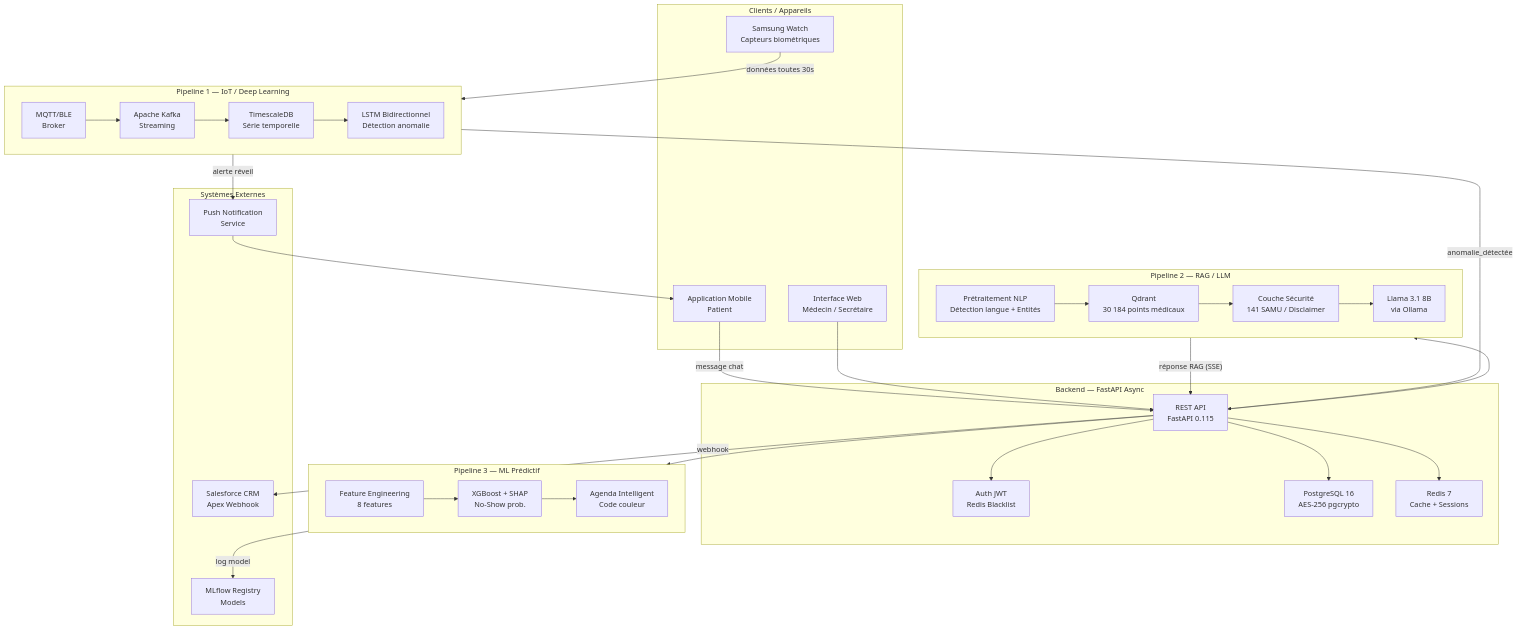
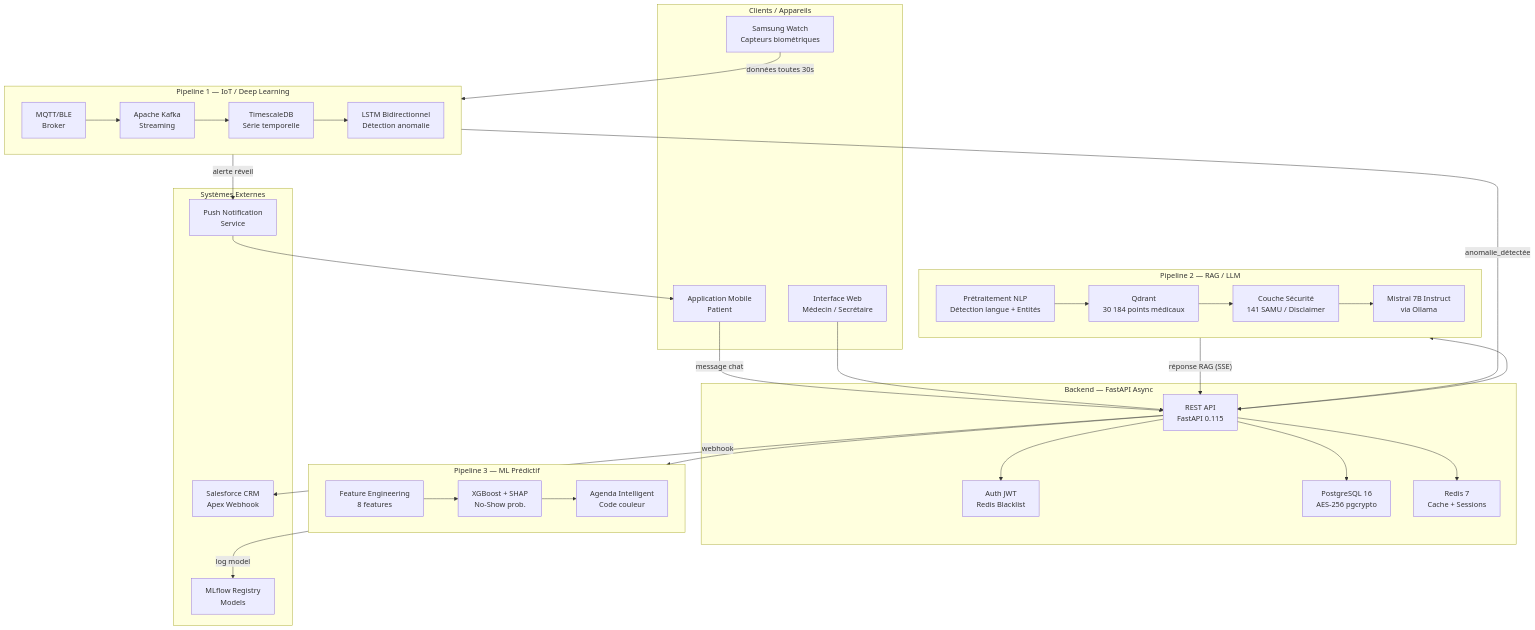
Before and after one commit to Boussyf0/MediSense-AI: the first of 32 diagrams in docs/DIAGRAMMES.md, drawn with Mermaid. The commit also changed other lines of this file and 17 other files, not shown here.

````diff
--- a/docs/DIAGRAMMES.md
+++ b/docs/DIAGRAMMES.md
@@ -62,62 +62,62 @@
 ```mermaid
 flowchart TB
     subgraph Clients["Clients / Appareils"]
         WATCH["Samsung Watch<br/>Capteurs biométriques"]
         APP["Application Mobile<br/>Patient"]
         WEB["Interface Web<br/>Médecin / Secrétaire"]
     end
 
     subgraph P1["Pipeline 1 — IoT / Deep Learning"]
         direction LR
         MQTT["MQTT/BLE<br/>Broker"]
         KAFKA["Apache Kafka<br/>Streaming"]
         TS["TimescaleDB<br/>Série temporelle"]
         LSTM["LSTM Bidirectionnel<br/>Détection anomalie"]
     end
 
     subgraph P2["Pipeline 2 — RAG / LLM"]
         direction LR
         NLP["Prétraitement NLP<br/>Détection langue + Entités"]
         QDRANT["Qdrant<br/>30 184 points médicaux"]
         SAFETY["Couche Sécurité<br/>141 SAMU / Disclaimer"]
-        LLAMA["Llama 3.1 8B<br/>via Ollama"]
+        LLAMA["Mistral 7B Instruct<br/>via Ollama"]
     end
 
     subgraph P3["Pipeline 3 — ML Prédictif"]
         direction LR
         FE["Feature Engineering<br/>8 features"]
         XGB["XGBoost + SHAP<br/>No-Show prob."]
         AGENDA["Agenda Intelligent<br/>Code couleur"]
     end
 
     subgraph Backend["Backend — FastAPI Async"]
         API["REST API<br/>FastAPI 0.115"]
         AUTH["Auth JWT<br/>Redis Blacklist"]
         DB["PostgreSQL 16<br/>AES-256 pgcrypto"]
         REDIS["Redis 7<br/>Cache + Sessions"]
     end
 
     subgraph Externe["Systèmes Externes"]
         SF["Salesforce CRM<br/>Apex Webhook"]
         PUSH["Push Notification<br/>Service"]
         MLFLOW["MLflow Registry<br/>Models"]
     end
 
     WATCH -->|"données toutes 30s"| MQTT
     MQTT --> KAFKA --> TS --> LSTM
     LSTM -->|"anomalie_détectée"| API
     LSTM -->|"alerte réveil"| PUSH
     PUSH --> APP
 
     APP -->|"message chat"| API
     API --> NLP --> QDRANT --> SAFETY --> LLAMA
     LLAMA -->|"réponse RAG (SSE)"| API
 
     WEB --> API
     API --> FE --> XGB --> AGENDA
     API --> AUTH
     API --> DB
     API --> REDIS
     API -->|"webhook"| SF
     XGB -->|"log model"| MLFLOW
 ```
````
